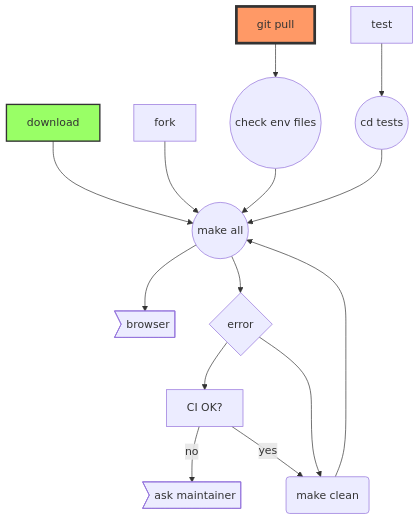
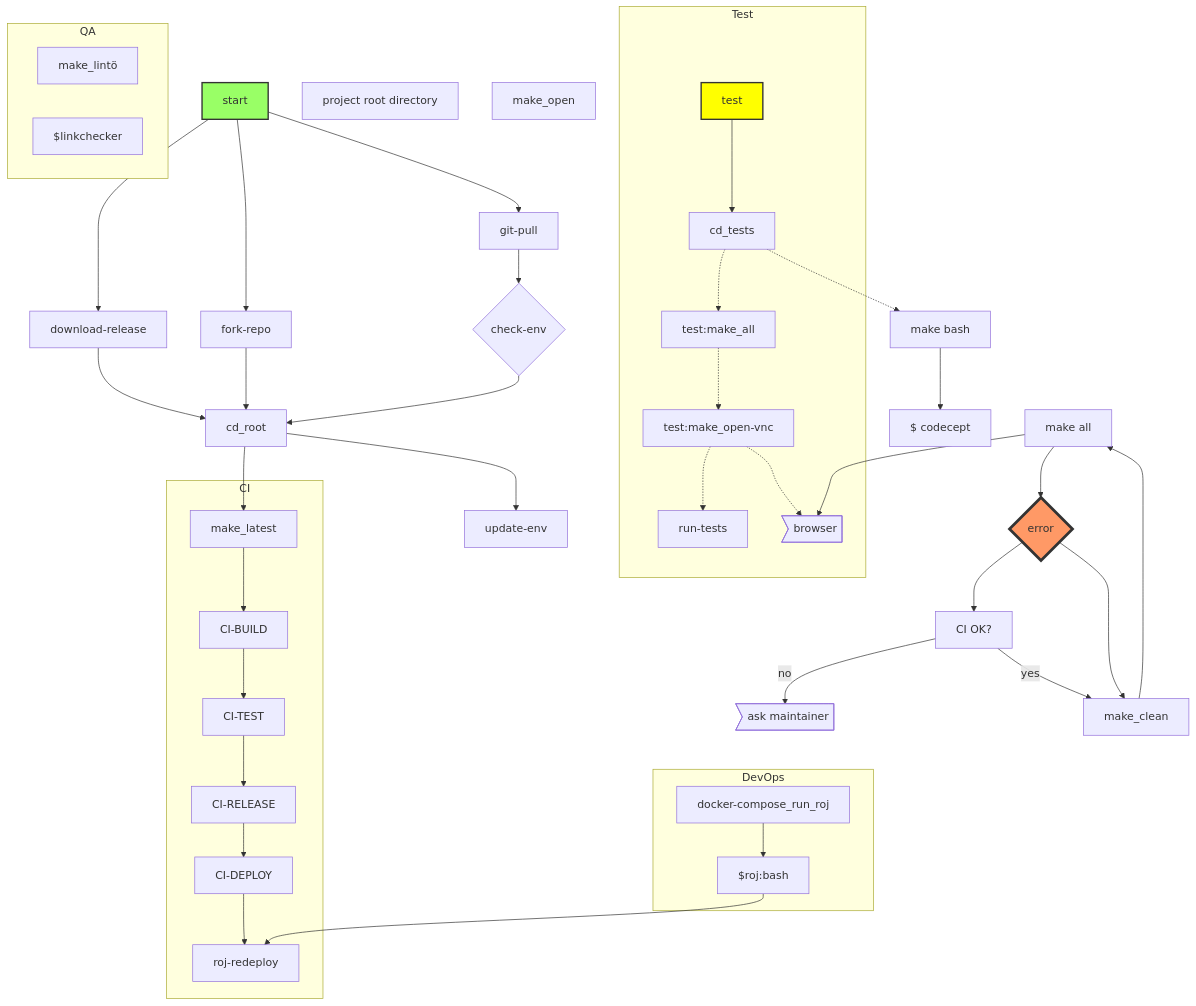
Before and after one commit to dmstr/phd5-docs: the diagram in guide/development/flow.mermaid, drawn with Mermaid.

Commit message:
added flowchart

```diff
--- a/guide/development/flow.mermaid
+++ b/guide/development/flow.mermaid
@@ -1,26 +1,73 @@
 graph TD
 
-    new[download] --> all((make all))
-    new-develop[fork] --> all
-    existing[git pull] --> env((check env files))
-    env --> all
+    PROJECT_ROOT["project root directory"]
+    make_all["make all"]
+    make_bash["make bash"]
+    make_open
 
-    all --> browser>browser]
-    all --> error{error}
+
+    start --> download-release
+    start --> fork-repo
+    start --> git-pull
+
+    download-release --> cd_root
+    fork-repo --> cd_root
+    cd_root --> update-env
+    git-pull --> check-env{check-env}
+
+    check-env --> cd_root
+
+    cd_root --> make_latest
+
+    make_all --> error{error}
+    ci -- no --> maintainer
+    ci -- yes --> make_clean
+
     error --> ci[CI OK?]
-    ci -- no --> maintainer>ask maintainer]
-    ci -- yes --> clean
+    error --> make_clean
+    make_clean --> make_all
 
-    error --> clean(make clean)
-    clean --> all
+    subgraph Test
+    test[test] --> cd_tests
+    cd_tests -.-> test:make_all
+    test:make_all -.-> test:make_open-vnc
+    test:make_open-vnc -.-> run-tests
+    test:make_open-vnc -.-> browser
+    end
 
-    test[test] --> cd-tests((cd tests))
-    cd-tests --> all
+    make_all --> browser>browser]
 
+    subgraph CI
+    make_latest --> CI-BUILD
+    CI-BUILD --> CI-TEST
+    CI-TEST --> CI-RELEASE
+    CI-RELEASE --> CI-DEPLOY
+    CI-DEPLOY --> roj-redeploy
+    end
+
+    subgraph DevOps
+    docker-compose_run_roj --> $roj:bash
+    $roj:bash --> roj-redeploy
+    end
+
+    subgraph QA
+    make_lintö
+    $linkchecker
+    end
+
+    cd_tests -.-> make_bash
+    make_bash --> $codecept
+
+
+    $codecept["$ codecept"]
+
+    maintainer>ask maintainer]
 
 
     %% Styles
      classDef green fill:#9f6,stroke:#333,stroke-width:2px;
      classDef orange fill:#f96,stroke:#333,stroke-width:4px;
-     class new green
-     class existing orange
+     classDef yellow fill:#ff0,stroke:#333,stroke-width:2px;
+     class start green
+     class error orange
+     class test yellow
```
